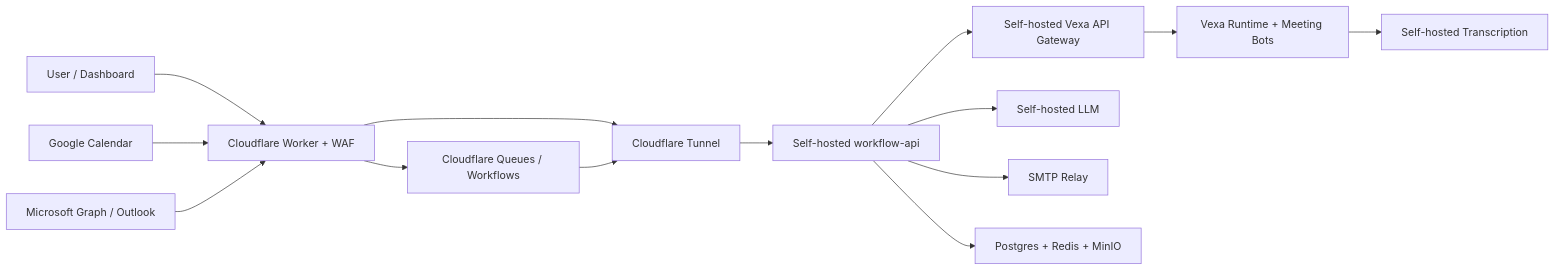
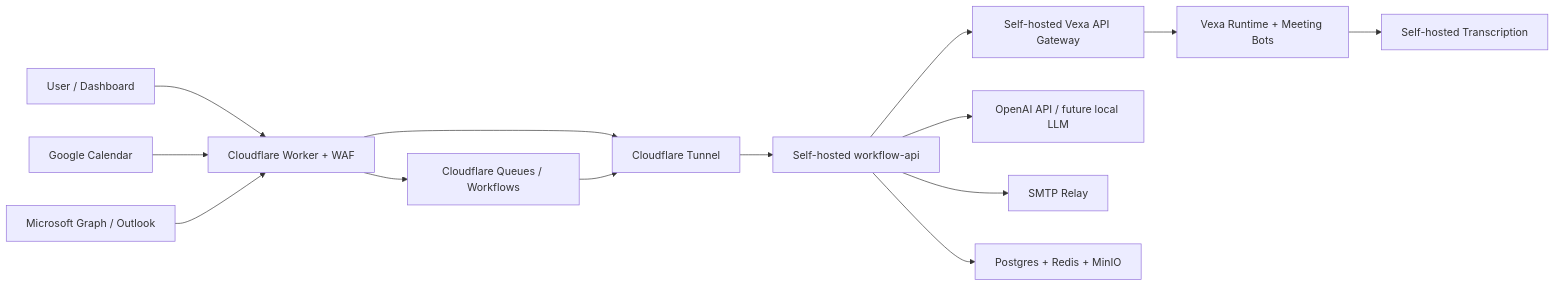
The diagram in cloudflare-vexa-meeting-assistant-plan.md (xpcover/Krafts-Meetings), drawn with Mermaid before and after one commit. The commit also changed other lines of this file and 12 other files, not shown here.

````diff
--- a/cloudflare-vexa-meeting-assistant-plan.md
+++ b/cloudflare-vexa-meeting-assistant-plan.md
@@ -80,16 +80,16 @@
 ```mermaid
 flowchart LR
   User["User / Dashboard"] --> CF["Cloudflare Worker + WAF"]
   Google["Google Calendar"] --> CF
   Outlook["Microsoft Graph / Outlook"] --> CF
   CF --> Queue["Cloudflare Queues / Workflows"]
   CF --> Tunnel["Cloudflare Tunnel"]
   Queue --> Tunnel
   Tunnel --> Workflow["Self-hosted workflow-api"]
   Workflow --> Vexa["Self-hosted Vexa API Gateway"]
   Vexa --> Bot["Vexa Runtime + Meeting Bots"]
   Bot --> Tx["Self-hosted Transcription"]
-  Workflow --> LLM["Self-hosted LLM"]
+  Workflow --> LLM["OpenAI API / future local LLM"]
   Workflow --> SMTP["SMTP Relay"]
   Workflow --> DB["Postgres + Redis + MinIO"]
 ```
````
